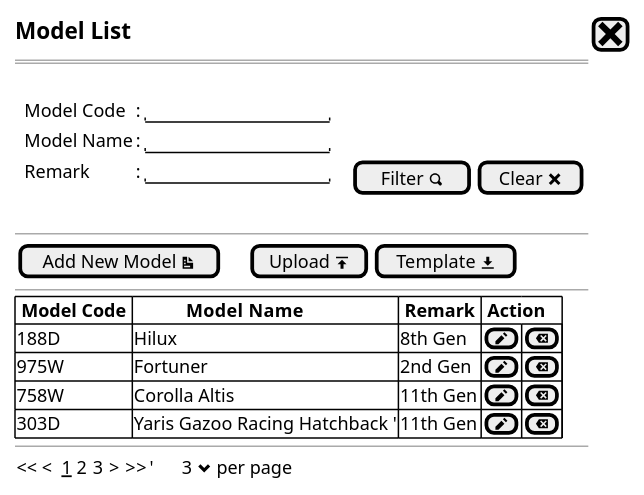
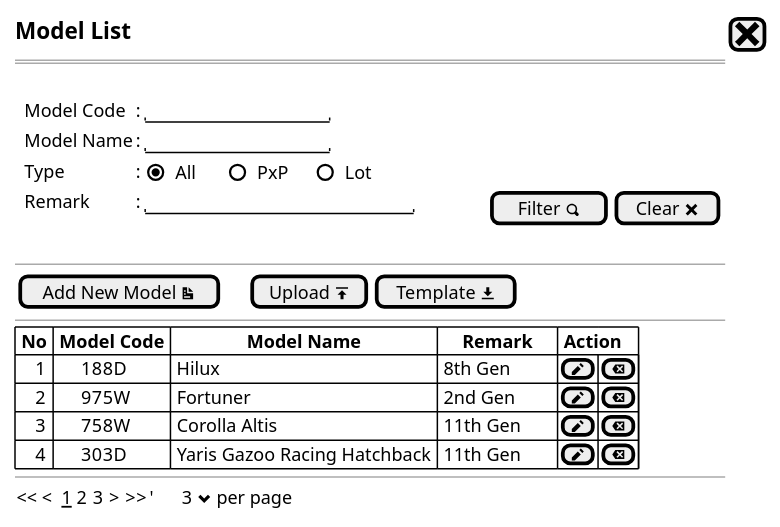
One commit to ari-fikri/packing-cost-mockup changed the diagram in Model/model - newstep0b.puml. Above: the diagram before and after it, drawn with PlantUML. The commit also changed 5 other files, not shown here.

Commit message:
- Add Type (Lot/PxP) field - Padding table fields for better and consisten view

```diff
--- a/Model/model - newstep0b.puml
+++ b/Model/model - newstep0b.puml
@@ -1,30 +1,31 @@
 @startsalt
 {
   <size:15><b>Model List |[<size:25><&x>]|*
   ==
   .
   {
-      .|Model Code        |: |"               "|*
-      .|Model Name  |: |"               "|*
-      .|Remark      |: |"               "|.|.|[Filter <&magnifying-glass>]| [Clear <&x>]|*
+    .|Model Code        |: |"               "|*
+    .|Model Name        |: |"               "|*
+    .|Type              |: {(X)All      |()PxP     |   ()Lot  }*
+    .|Remark            |: |"                      "|              |[Filter <&magnifying-glass>]| [Clear <&x>]|*
   }
   .
   --
   {
   [Add New Model <&document>]|.|.|.|[Upload <&data-transfer-upload>]| [Template <&data-transfer-download>]|* 
   }
   --
   {#
-    |<b> Model Code |<b>            Model Name      |<b> Remark     |<b> Action |*|*|*
-    |  188D         | Hilux                         | 8th Gen       |[<&pencil>]|[<&delete>]|*
-    |  975W         | Fortuner                      | 2nd Gen       |[<&pencil>]|[<&delete>]|*
-    |  758W         | Corolla Altis                 | 11th Gen      |[<&pencil>]|[<&delete>]|*
-    |  303D         | Yaris Gazoo Racing Hatchback '| 11th Gen      |[<&pencil>]|[<&delete>]|*    
+    | <b>No | <b>Model Code |                <b>Model Name                |<b>     Remark     |<b> Action |*|*|*
+    |    1  |      188D         | Hilux                                   | 8th Gen           |[<&pencil>]|[<&delete>]|*
+    |    2  |      975W         | Fortuner                                | 2nd Gen           |[<&pencil>]|[<&delete>]|*
+    |    3  |      758W         | Corolla Altis                           | 11th Gen          |[<&pencil>]|[<&delete>]|*
+    |    4  |      303D         | Yaris Gazoo Racing Hatchback            | 11th Gen          |[<&pencil>]|[<&delete>]|*    
   }
   --
   {
   << <  __1__ 2 3  > >>  |'      3 <&chevron-bottom> per page |*
   }
 
 }
 @endsalt
```
